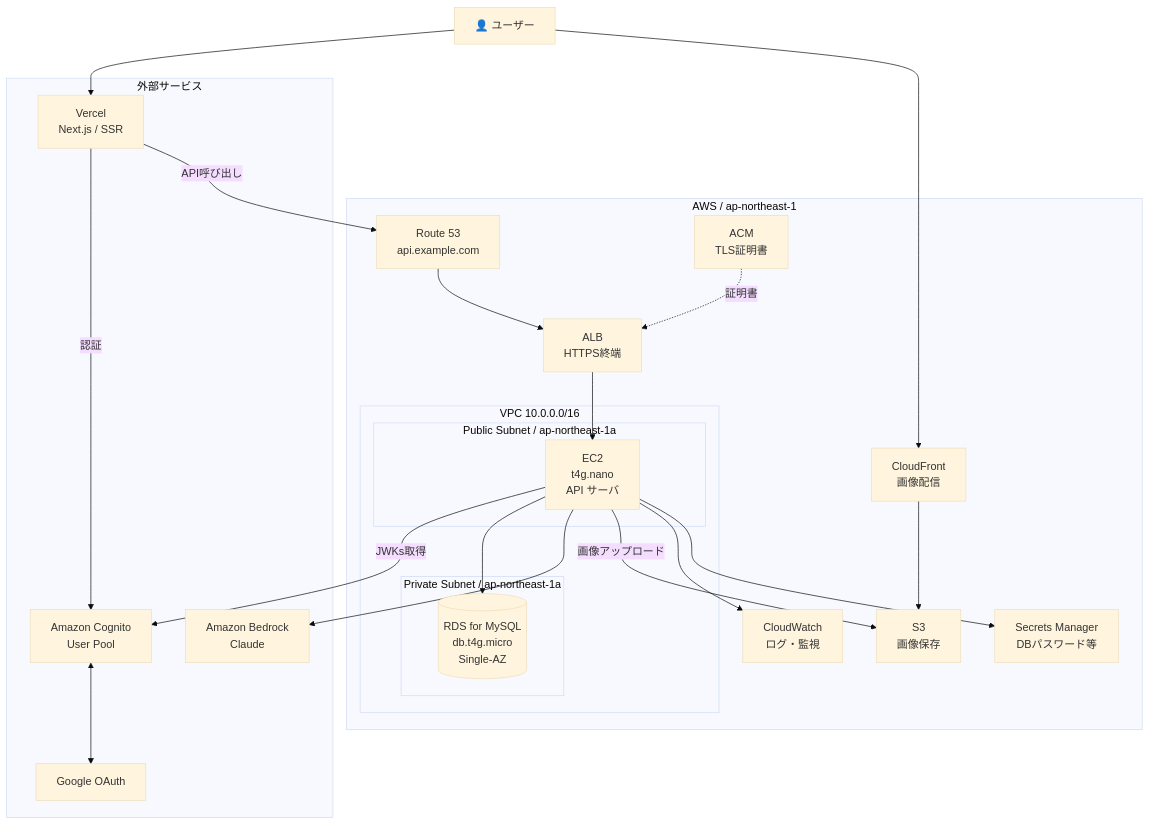
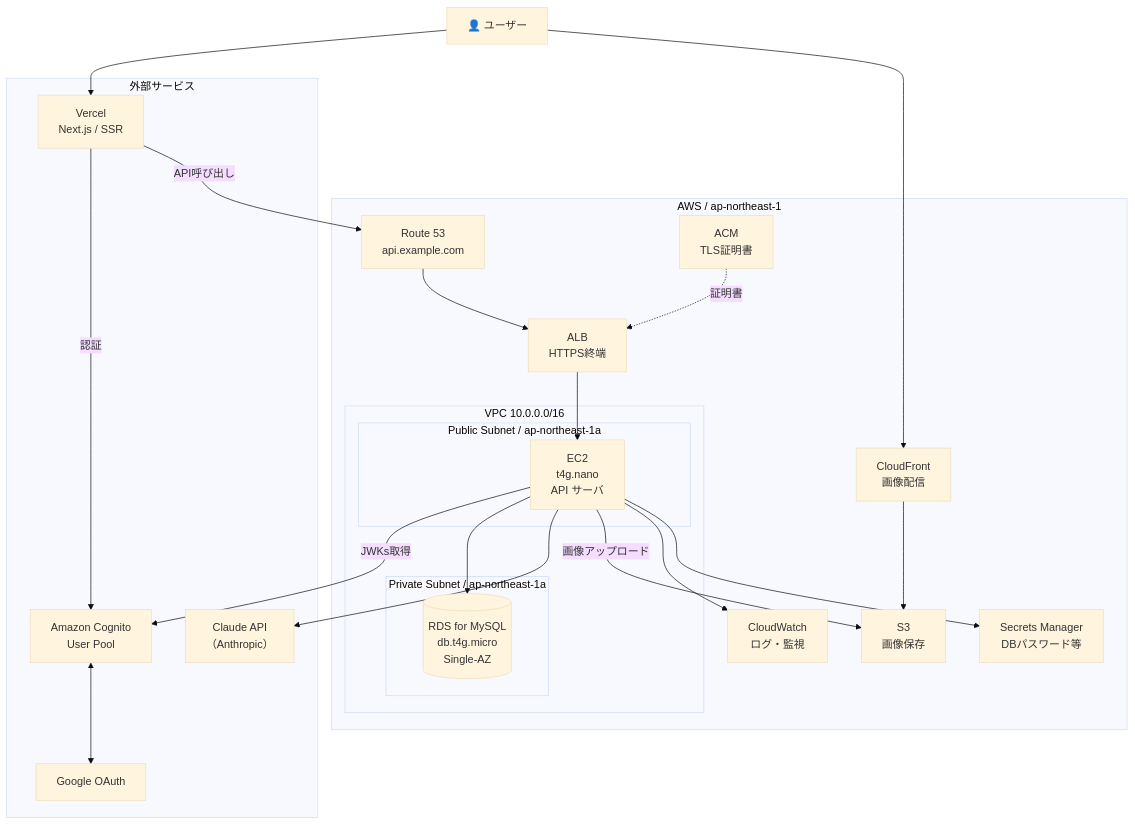
The diagram in docs/infrastructure.md (Takapon2512/recipe-rec), drawn with Mermaid (base theme) before and after one commit. The commit also changed other lines of this file and 3 other files, not shown here.

````diff
--- a/docs/infrastructure.md
+++ b/docs/infrastructure.md
@@ -13,47 +13,47 @@
 ```mermaid
 flowchart TB
     User[👤 ユーザー]
 
     subgraph External[外部サービス]
         Vercel[Vercel<br/>Next.js / SSR]
         Cognito[Amazon Cognito<br/>User Pool]
         Google[Google OAuth]
-        Bedrock[Amazon Bedrock<br/>Claude]
+        ClaudeAPI[Claude API<br/>（Anthropic）]
     end
 
     subgraph AWS[AWS / ap-northeast-1]
         Route53[Route 53<br/>api.example.com]
         ACM[ACM<br/>TLS証明書]
         ALB[ALB<br/>HTTPS終端]
 
         subgraph VPC[VPC 10.0.0.0/16]
             subgraph PublicAZ[Public Subnet / ap-northeast-1a]
                 EC2[EC2<br/>t4g.nano<br/>API サーバ]
             end
             subgraph PrivateAZ[Private Subnet / ap-northeast-1a]
                 RDS[(RDS for MySQL<br/>db.t4g.micro<br/>Single-AZ)]
             end
         end
 
         S3[S3<br/>画像保存]
         CloudFront[CloudFront<br/>画像配信]
         CW[CloudWatch<br/>ログ・監視]
         SM[Secrets Manager<br/>DBパスワード等]
     end
 
     User --> Vercel
     User --> CloudFront
     Vercel -->|認証| Cognito
     Cognito <--> Google
     Vercel -->|API呼び出し| Route53
     Route53 --> ALB
     ACM -.証明書.-> ALB
     ALB --> EC2
     EC2 -->|JWKs取得| Cognito
     EC2 --> RDS
-    EC2 --> Bedrock
+    EC2 --> ClaudeAPI
     EC2 -->|画像アップロード| S3
     CloudFront --> S3
     EC2 --> CW
     EC2 --> SM
 ```
````
